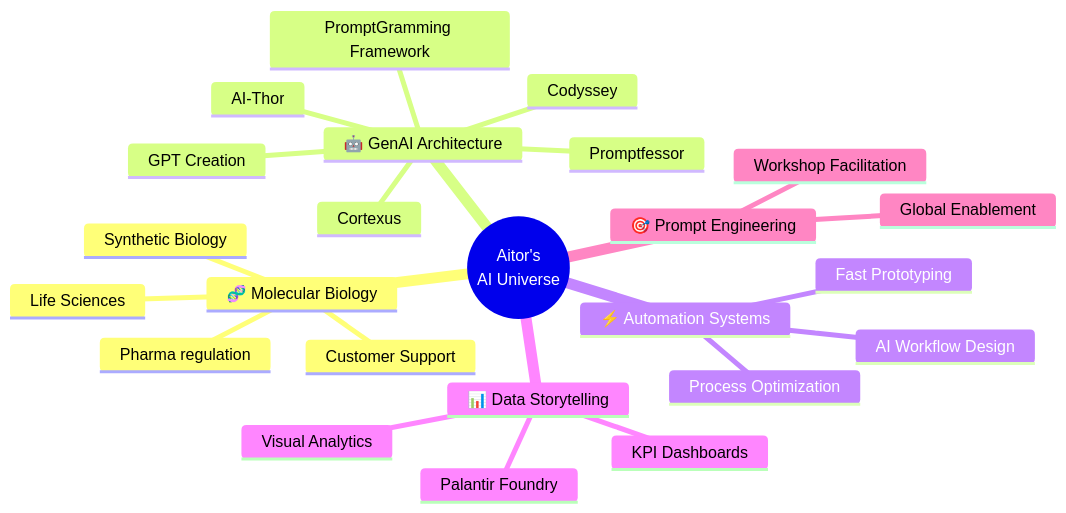
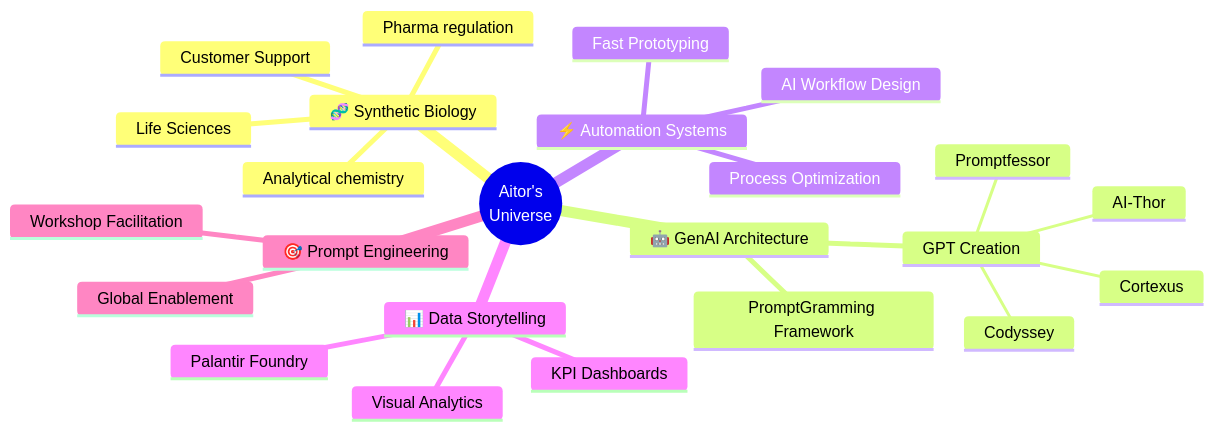
One commit to rm2thaddeus/rm2thaddeus changed the diagram in README.md. Above: the diagram before and after it, drawn with Mermaid. The commit also changed other lines of this file, not shown here.

````diff
--- a/README.md
+++ b/README.md
@@ -31,27 +29,27 @@
 ```mermaid
 mindmap
-  root((Aitor's<br/>AI Universe))
-    🧬 Molecular Biology
-      Synthetic Biology
+  root((Aitor's<br/> Universe))
+    🧬 Synthetic Biology
+      Analytical chemistry
       Customer Support
       Pharma regulation
       Life Sciences
     🤖 GenAI Architecture
       PromptGramming Framework
       GPT Creation
-      AI-Thor
-      Cortexus
-      Promptfessor
-      Codyssey
+        AI-Thor
+        Cortexus
+        Promptfessor
+        Codyssey
     ⚡ Automation Systems
       Fast Prototyping
       Process Optimization
       AI Workflow Design
     📊 Data Storytelling
       Palantir Foundry
       KPI Dashboards
       Visual Analytics
     🎯 Prompt Engineering
       Workshop Facilitation
       Global Enablement
 ```  
````
